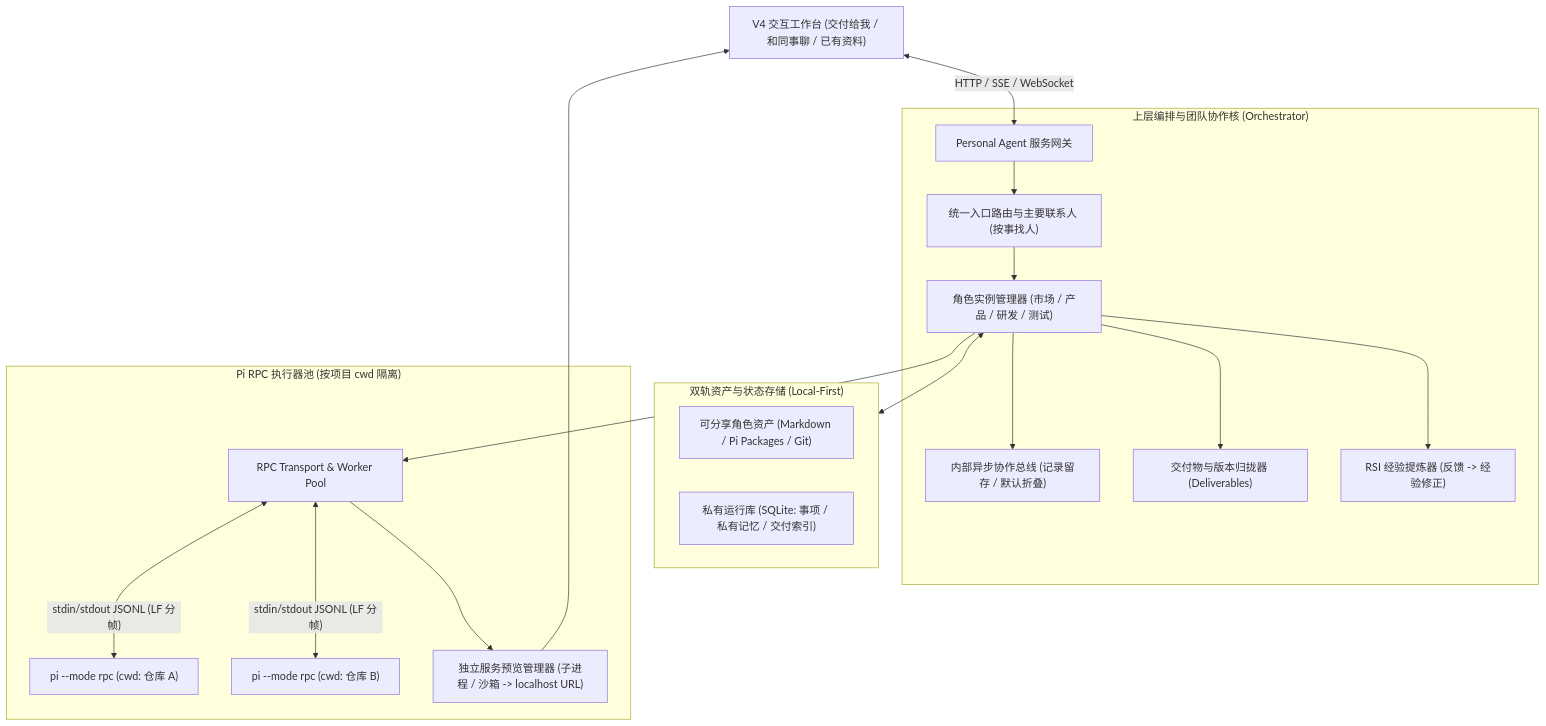
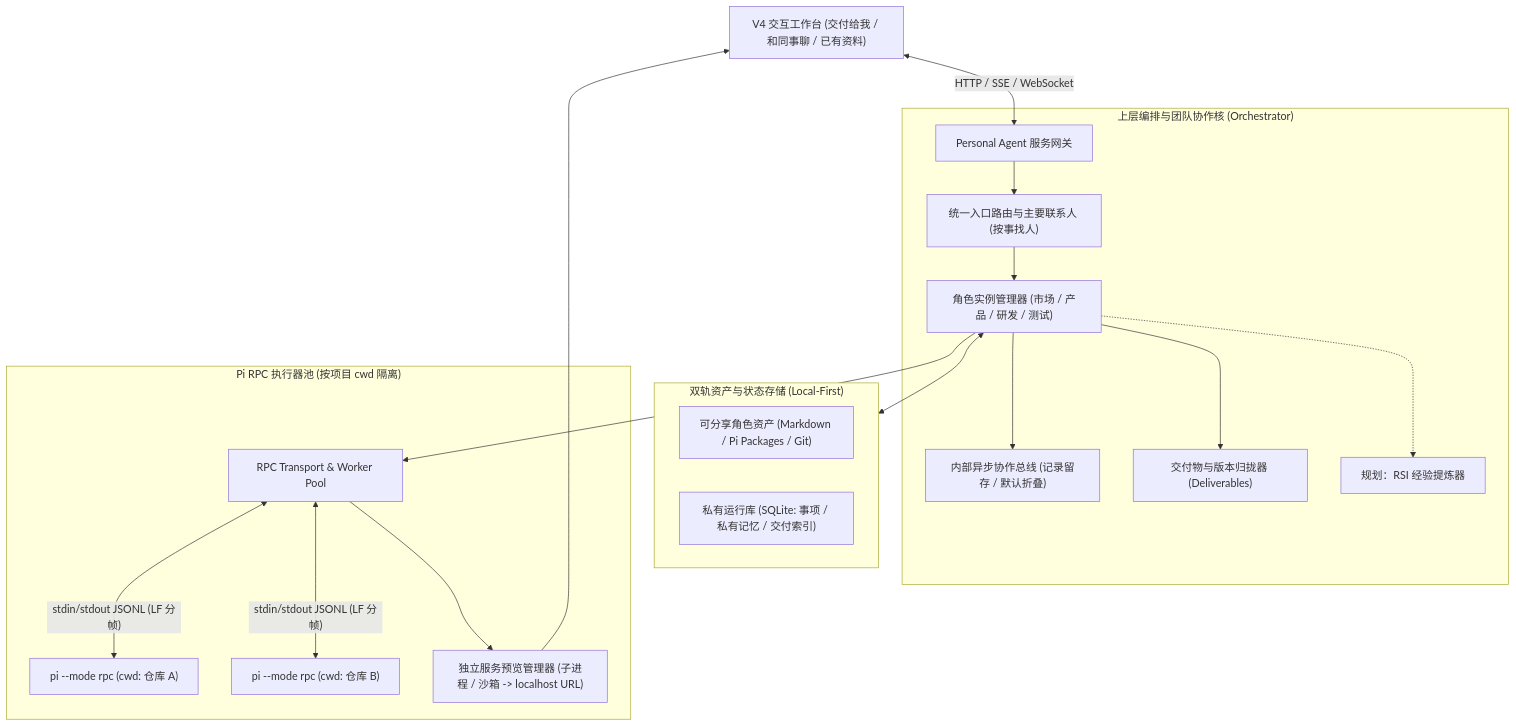
Before and after one commit to civaapple-alt/personal-agent: the first of 2 diagrams in docs/architecture-and-plan.md, drawn with Mermaid. The commit also changed other lines of this file and 38 other files, not shown here.

````diff
--- a/docs/architecture-and-plan.md
+++ b/docs/architecture-and-plan.md
@@ -41,31 +41,31 @@
 ```mermaid
 flowchart TD
     UI["V4 交互工作台 (交付给我 / 和同事聊 / 已有资料)"] <-->|"HTTP / SSE / WebSocket"| API["Personal Agent 服务网关"]
 
     subgraph Orch["上层编排与团队协作核 (Orchestrator)"]
         API --> Router["统一入口路由与主要联系人 (按事找人)"]
         Router --> Team["角色实例管理器 (市场 / 产品 / 研发 / 测试)"]
         Team --> Collab["内部异步协作总线 (记录留存 / 默认折叠)"]
         Team --> Delivery["交付物与版本归拢器 (Deliverables)"]
-        Team --> RSI["RSI 经验提炼器 (反馈 -> 经验修正)"]
+        Team -.-> RSI["规划：RSI 经验提炼器"]
     end
 
     subgraph Data["双轨资产与状态存储 (Local-First)"]
         Assets["可分享角色资产 (Markdown / Pi Packages / Git)"]
         SQLite["私有运行库 (SQLite: 事项 / 私有记忆 / 交付索引)"]
     end
 
     subgraph Workers["Pi RPC 执行器池 (按项目 cwd 隔离)"]
         Pool["RPC Transport & Worker Pool"]
         P1["pi --mode rpc (cwd: 仓库 A)"]
         P2["pi --mode rpc (cwd: 仓库 B)"]
         Preview["独立服务预览管理器 (子进程 / 沙箱 -> localhost URL)"]
     end
 
     Team <--> Data
     Team --> Pool
     Pool <-->|"stdin/stdout JSONL (LF 分帧)"| P1
     Pool <-->|"stdin/stdout JSONL (LF 分帧)"| P2
     Pool --> Preview
     Preview --> UI
 ```
````
